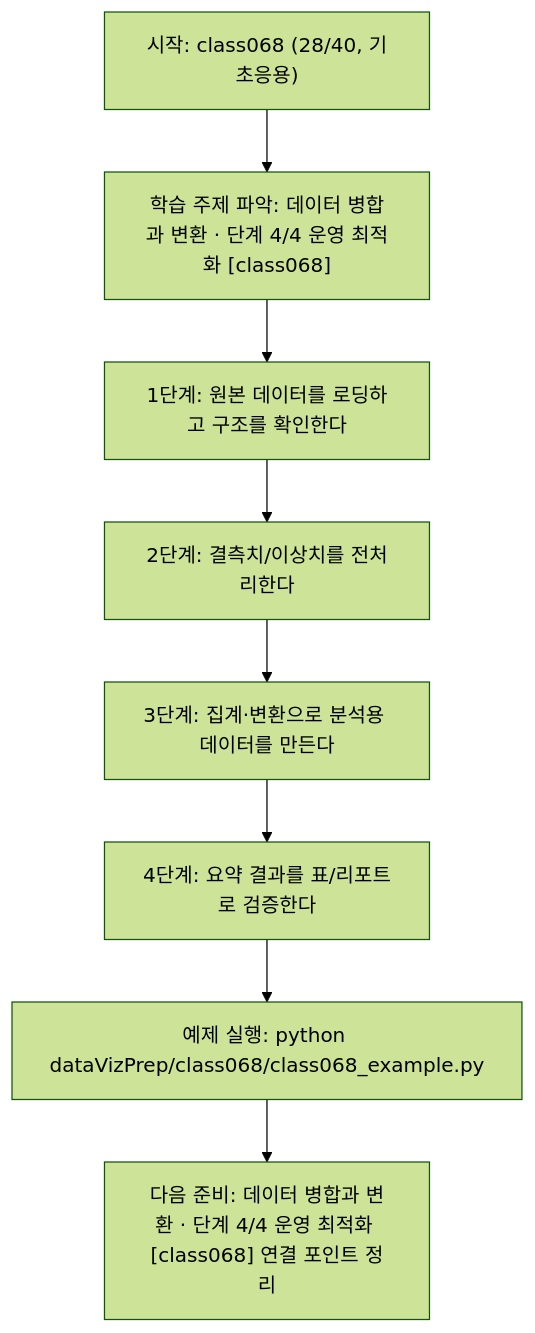
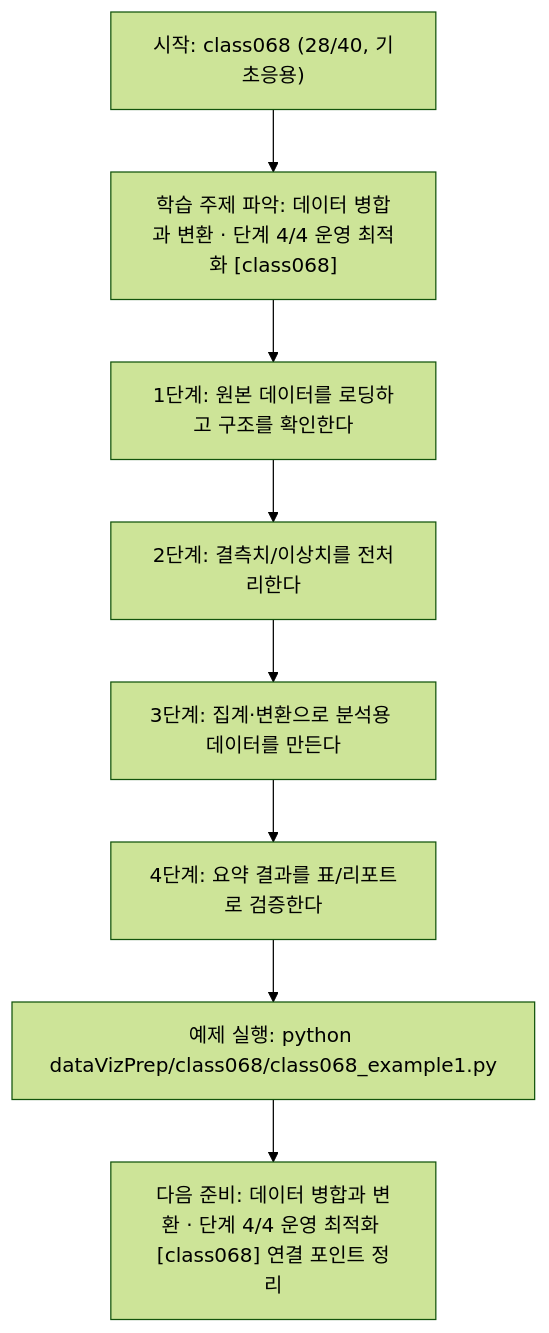
One commit to edumgt/Python-AI_Agent-Class changed the diagram in dataVizPrep/class068/class068.md. Above: the diagram before and after it, drawn with Mermaid (forest theme). The commit also changed other lines of this file and 2959 other files, not shown here.

````diff
--- a/dataVizPrep/class068/class068.md
+++ b/dataVizPrep/class068/class068.md
@@ -111,18 +111,18 @@
 ```mermaid
 flowchart TD
 N1["시작: class068 (28/40, 기초응용)"]
 N2["학습 주제 파악: 데이터 병합과 변환 · 단계 4/4 운영 최적화 [class068]"]
 N3["1단계: 원본 데이터를 로딩하고 구조를 확인한다"]
 N4["2단계: 결측치/이상치를 전처리한다"]
 N5["3단계: 집계·변환으로 분석용 데이터를 만든다"]
 N6["4단계: 요약 결과를 표/리포트로 검증한다"]
-N7["예제 실행: python dataVizPrep/class068/class068_example.py"]
+N7["예제 실행: python dataVizPrep/class068/class068_example1.py"]
 N8["다음 준비: 데이터 병합과 변환 · 단계 4/4 운영 최적화 [class068] 연결 포인트 정리"]
 N1 --> N2
 N2 --> N3
 N3 --> N4
 N4 --> N5
 N5 --> N6
 N6 --> N7
 N7 --> N8
 ```
````
